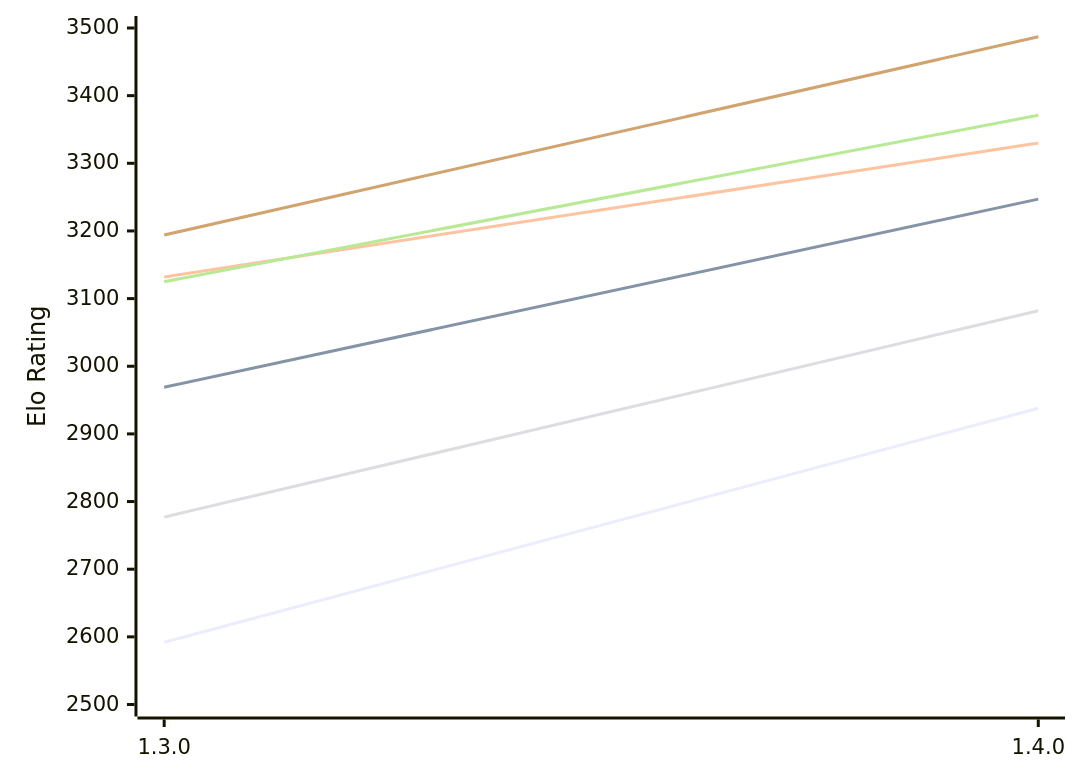
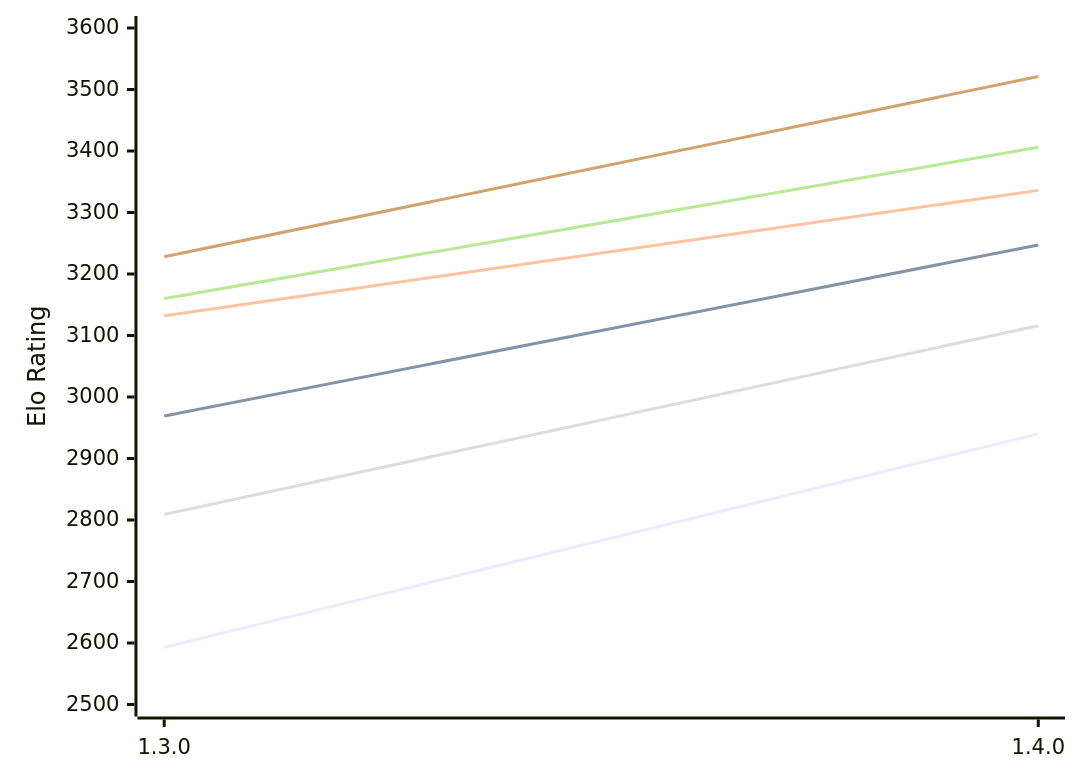
Before and after one commit to computer-chess-index/cci: the first of 2 diagrams in engines/Ember.md, drawn with Mermaid. The commit also changed other lines of this file, not shown here.

Commit message:
Update CCI Ratings (ELO VLTC) - 2026-11-05

````diff
--- a/engines/Ember.md
+++ b/engines/Ember.md
@@ -51,12 +51,12 @@
 ```mermaid
 %%{init: {"theme":"base","themeVariables":{"seriesColors:['#a3a3a3','#222221','#faa371']}}}%%
 xychart-beta
   x-axis ["1.3.0", "1.4.0"]
-  y-axis "Elo Rating" 2500 --> 3500
-  line "E1: STC (8.0+0.08s)" [2592, 2938]
+  y-axis "Elo Rating" 2500 --> 3600
+  line "E1: STC (8.0+0.08s)" [2593, 2940]
   line "E1: LTC (60.0+0.60s)" [2969, 3247]
-  line "E1: VLTC (2m24s+1.12s)" [3132, 3330]
-  line "P1: STC (8.0+0.08s)" [2777, 3082]
-  line "P1: LTC (60.0+0.60s)" [3125, 3371]
-  line "P1: VLTC (2m24s+1.12s)" [3194, 3487]
+  line "E1: VLTC (2m24s+1.12s)" [3132, 3336]
+  line "P1: STC (8.0+0.08s)" [2809, 3116]
+  line "P1: LTC (60.0+0.60s)" [3160, 3406]
+  line "P1: VLTC (2m24s+1.12s)" [3228, 3521]
 ```
````
